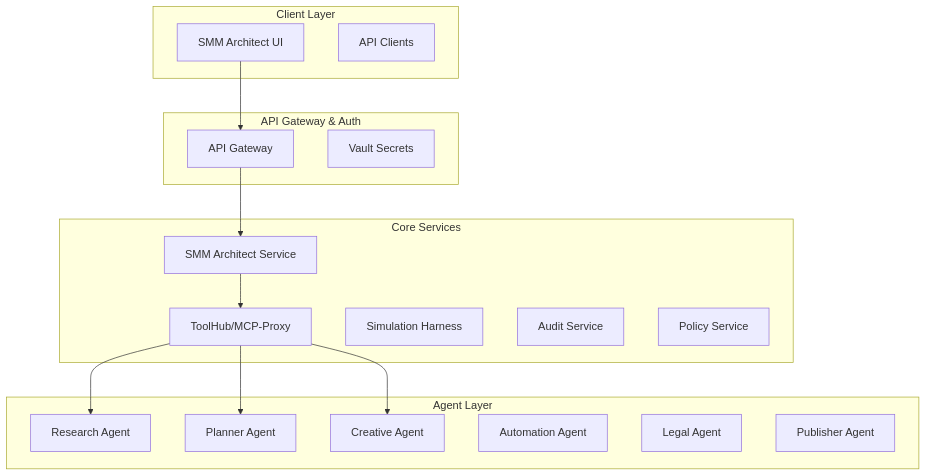
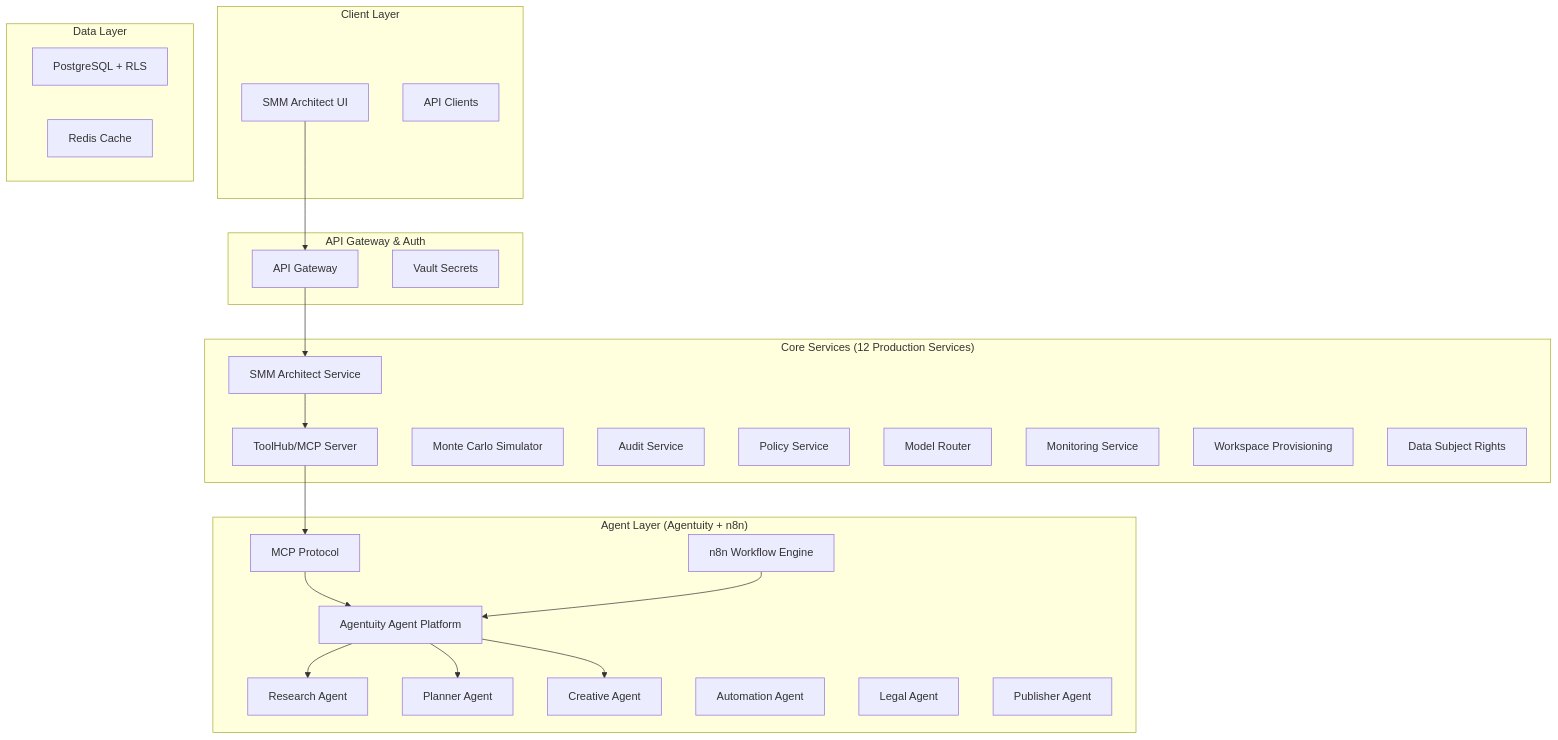
One commit to eipp/smm-architect changed the diagram in README.md. Above: the diagram before and after it, drawn with Mermaid. The commit also changed other lines of this file and 85 other files, not shown here.

````diff
--- a/README.md
+++ b/README.md
@@ -21,36 +33,51 @@
 ```mermaid
 graph TB
     subgraph "Client Layer"
         UI[SMM Architect UI]
         API_CLIENTS[API Clients]
     end
     
     subgraph "API Gateway & Auth"
         GATEWAY[API Gateway]
         VAULT[Vault Secrets]
     end
     
-    subgraph "Core Services"
+    subgraph "Core Services (12 Production Services)"
         SMM[SMM Architect Service]
-        TOOLHUB[ToolHub/MCP-Proxy]
-        SIMULATOR[Simulation Harness]
+        TOOLHUB[ToolHub/MCP Server]
+        SIMULATOR[Monte Carlo Simulator]
         AUDIT[Audit Service]
         POLICY[Policy Service]
+        MODEL_ROUTER[Model Router]
+        MONITORING[Monitoring Service]
+        WORKSPACE_PROV[Workspace Provisioning]
+        DSR[Data Subject Rights]
     end
     
-    subgraph "Agent Layer"
+    subgraph "Agent Layer (Agentuity + n8n)"
+        N8N[n8n Workflow Engine]
+        AGENTUITY[Agentuity Agent Platform]
+        MCP[MCP Protocol]
         RESEARCH[Research Agent]
         PLANNER[Planner Agent]
         CREATIVE[Creative Agent]
         AUTOMATION[Automation Agent]
         LEGAL[Legal Agent]
         PUBLISHER[Publisher Agent]
     end
     
+    subgraph "Data Layer"
+        POSTGRES[PostgreSQL + RLS]
+        REDIS[Redis Cache]
+    end
+    
     UI --> GATEWAY
     GATEWAY --> SMM
     SMM --> TOOLHUB
-    TOOLHUB --> RESEARCH
-    TOOLHUB --> PLANNER
-    TOOLHUB --> CREATIVE
+    TOOLHUB --> MCP
+    MCP --> AGENTUITY
+    N8N --> AGENTUITY
+    AGENTUITY --> RESEARCH
+    AGENTUITY --> CREATIVE
+    AGENTUITY --> PLANNER
 ```
````
